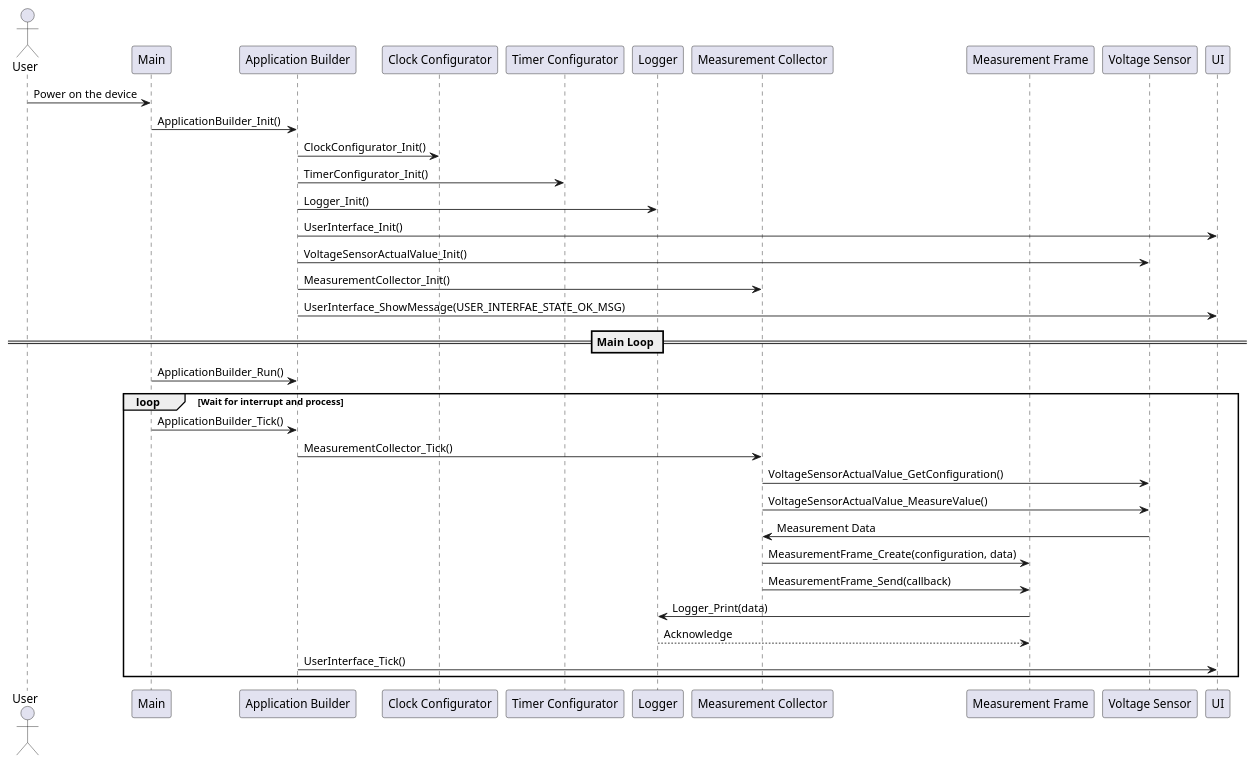
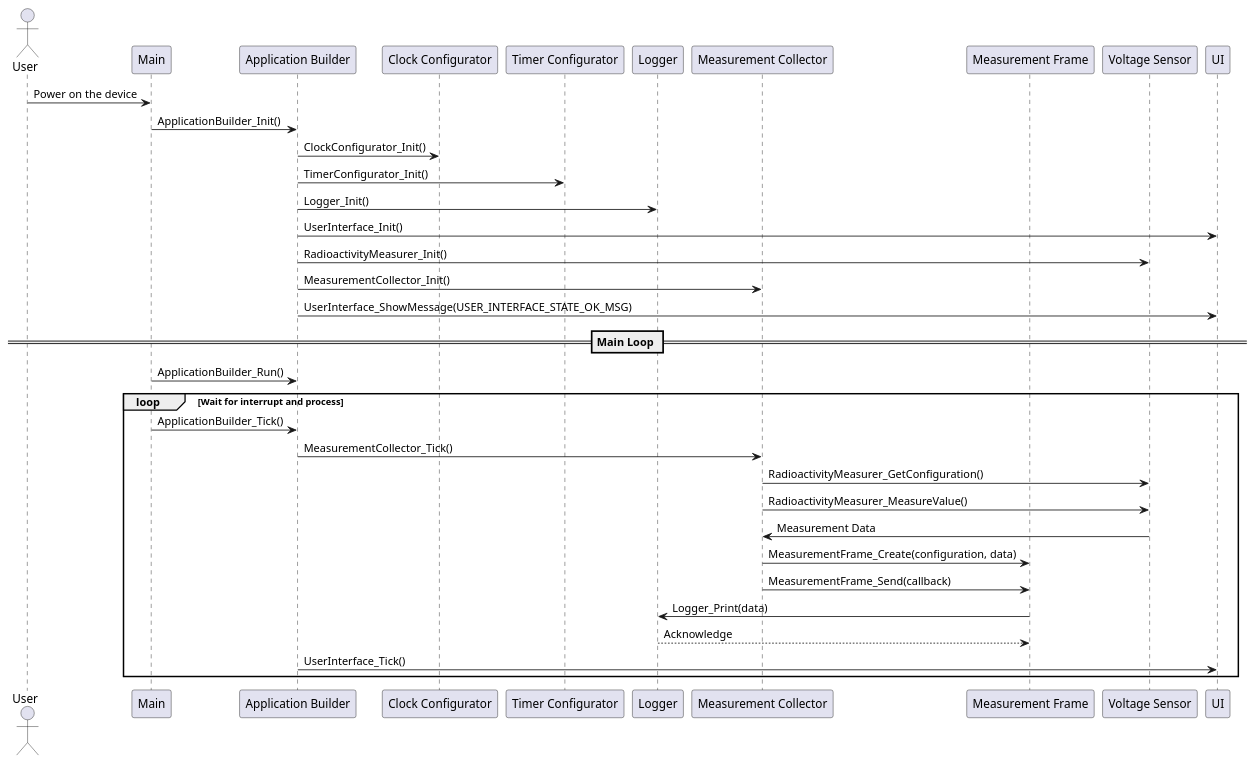
Before and after one commit to RobertGawron/IonizationChamber: the diagram in Documentation/Diagrams/FirmwareSequenceDiagram.plantuml, drawn with PlantUML. The commit also changed 67 other files, not shown here.

```diff
--- a/Documentation/Diagrams/FirmwareSequenceDiagram.plantuml
+++ b/Documentation/Diagrams/FirmwareSequenceDiagram.plantuml
@@ -1,40 +1,40 @@
 @startuml
 actor User
 
 participant "Main" as Main
 participant "Application Builder" as AppBuilder
 participant "Clock Configurator" as Clock
 participant "Timer Configurator" as Timer
 participant "Logger" as Logger
 participant "Measurement Collector" as MeasurementCollector
 participant "Measurement Frame" as Frame
 participant "Voltage Sensor" as Voltage
 
 User -> Main : Power on the device
 Main -> AppBuilder : ApplicationBuilder_Init()
 AppBuilder -> Clock : ClockConfigurator_Init()
 AppBuilder -> Timer : TimerConfigurator_Init()
 AppBuilder -> Logger : Logger_Init()
 AppBuilder -> UI : UserInterface_Init()
-AppBuilder -> Voltage : VoltageSensorActualValue_Init()
+AppBuilder -> Voltage : RadioactivityMeasurer_Init()
 AppBuilder -> MeasurementCollector : MeasurementCollector_Init()
 
-AppBuilder -> UI : UserInterface_ShowMessage(USER_INTERFAE_STATE_OK_MSG)
+AppBuilder -> UI : UserInterface_ShowMessage(USER_INTERFACE_STATE_OK_MSG)
 
 == Main Loop ==
 Main -> AppBuilder : ApplicationBuilder_Run()
 loop Wait for interrupt and process
     Main -> AppBuilder : ApplicationBuilder_Tick()
     AppBuilder -> MeasurementCollector : MeasurementCollector_Tick()
-    MeasurementCollector -> Voltage : VoltageSensorActualValue_GetConfiguration()
-    MeasurementCollector -> Voltage : VoltageSensorActualValue_MeasureValue()
+    MeasurementCollector -> Voltage : RadioactivityMeasurer_GetConfiguration()
+    MeasurementCollector -> Voltage : RadioactivityMeasurer_MeasureValue()
     Voltage -> MeasurementCollector : Measurement Data
     MeasurementCollector -> Frame : MeasurementFrame_Create(configuration, data)
     MeasurementCollector -> Frame : MeasurementFrame_Send(callback)
 
     Frame -> Logger : Logger_Print(data)
     Logger --> Frame : Acknowledge
 
     AppBuilder -> UI : UserInterface_Tick()
 end
 @enduml
```
